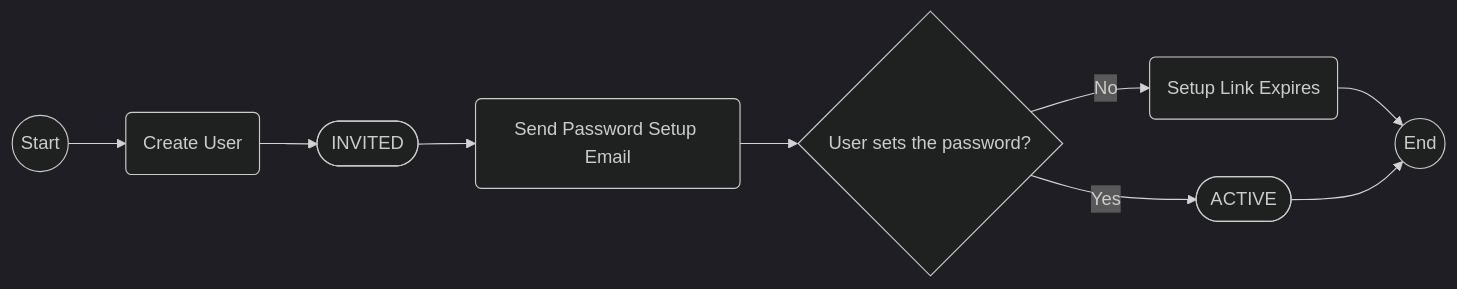
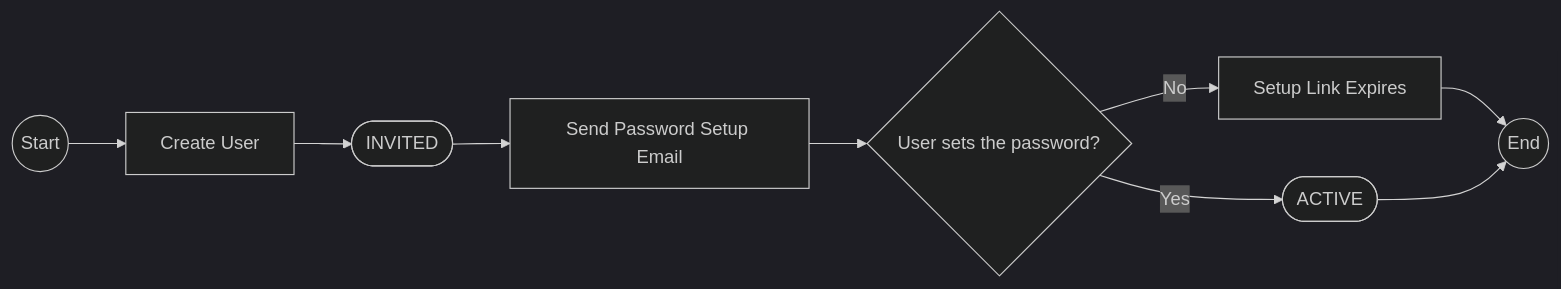
Before and after one commit to manos-grigorakis/logistics-platform: the diagram in docs/diagrams/user-process.md, drawn with Mermaid (dark theme).

Commit message:
docs: update user-process diagram

````diff
--- a/docs/diagrams/user-process.md
+++ b/docs/diagrams/user-process.md
@@ -3,13 +3,13 @@
 ```mermaid
 flowchart LR
-    START((Start)) --> CREATE_USER(Create User)
+    START((Start)) --> CREATE_USER[Create User]
     CREATE_USER --> INVITED([INVITED])
-    INVITED --> SEND_PASSWORD_SETUP_MAIL(Send Password Setup Email)
+    INVITED --> SEND_PASSWORD_SETUP_MAIL[Send Password Setup Email]
 
     SEND_PASSWORD_SETUP_MAIL --> USER_SETS_PASSWORD{User sets the password?}
-    USER_SETS_PASSWORD -- No --> LINK_EXPIRES(Setup Link Expires)
+    USER_SETS_PASSWORD -- No --> LINK_EXPIRES[Setup Link Expires]
     USER_SETS_PASSWORD -- Yes --> ACTIVE([ACTIVE])
 
     LINK_EXPIRES --> END((End))
     ACTIVE --> END
 ```
````
